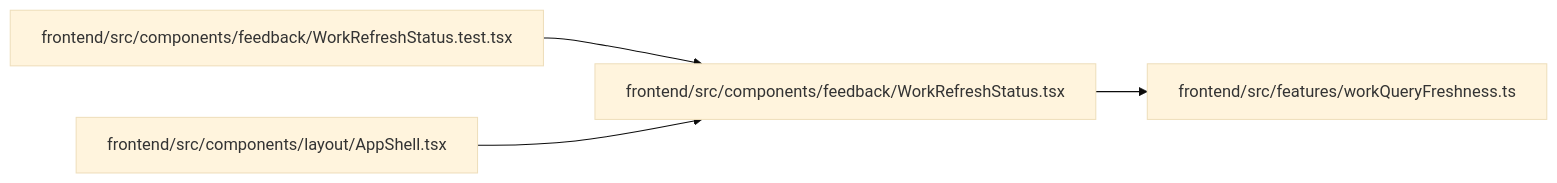
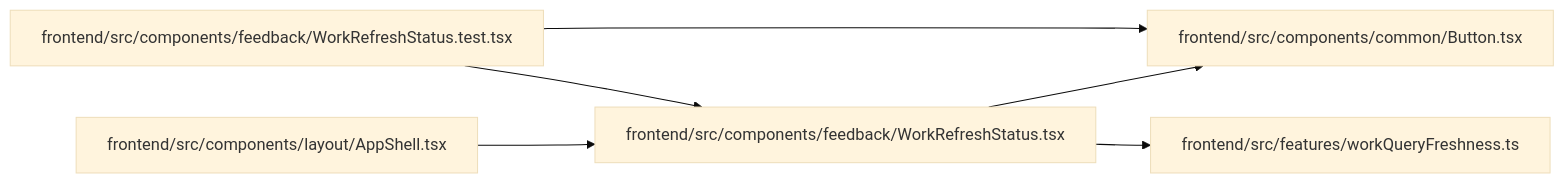
The diagram in docs/llm_wiki/modules/WorkRefreshStatus.md (Denissvgn/WorkChord), drawn with Mermaid (base theme) before and after one commit. The commit also changed other lines of this file and 2373 other files, not shown here.

````diff
--- a/docs/llm_wiki/modules/WorkRefreshStatus.md
+++ b/docs/llm_wiki/modules/WorkRefreshStatus.md
@@ -28,14 +29,18 @@
 ```mermaid
 flowchart LR
-    n0["frontend/src/components/feedback/WorkRefreshStatus.test.tsx"]
-    n1["frontend/src/components/feedback/WorkRefreshStatus.tsx"]
-    n2["frontend/src/components/layout/AppShell.tsx"]
-    n3["frontend/src/features/workQueryFreshness.ts"]
-    n0 --> n1
-    n1 --> n3
-    n2 --> n1
-    click n0 "../modules/WorkRefreshStatus.test.md"
-    click n1 "../modules/WorkRefreshStatus.md"
-    click n2 "../modules/AppShell.md"
-    click n3 "../modules/workQueryFreshness.md"
+    n0["frontend/src/components/common/Button.tsx"]
+    n1["frontend/src/components/feedback/WorkRefreshStatus.test.tsx"]
+    n2["frontend/src/components/feedback/WorkRefreshStatus.tsx"]
+    n3["frontend/src/components/layout/AppShell.tsx"]
+    n4["frontend/src/features/workQueryFreshness.ts"]
+    n1 --> n0
+    n1 --> n2
+    n2 --> n0
+    n2 --> n4
+    n3 --> n2
+    click n0 "../modules/Button.md"
+    click n1 "../modules/WorkRefreshStatus.test.md"
+    click n2 "../modules/WorkRefreshStatus.md"
+    click n3 "../modules/AppShell.md"
+    click n4 "../modules/workQueryFreshness.md"
 ```
````
